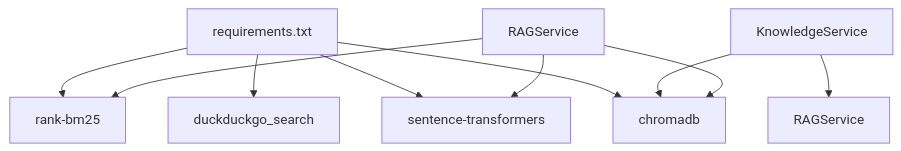
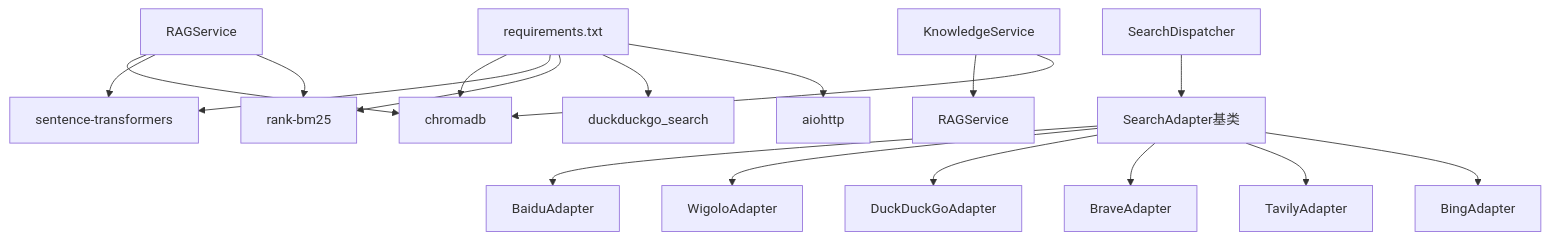
One commit to laohanhahaha/PaperChat changed the tenth of 10 diagrams in .qoder/repowiki/zh/content/后端系统/业务服务层/搜索服务.md. Above: the diagram before and after it, drawn with Mermaid. The commit also changed other lines of this file and 59 other files, not shown here.

````diff
--- a/.qoder/repowiki/zh/content/后端系统/业务服务层/搜索服务.md
+++ b/.qoder/repowiki/zh/content/后端系统/业务服务层/搜索服务.md
@@ -243,12 +471,20 @@
 ```mermaid
 graph TB
 Req["requirements.txt"] --> Chroma["chromadb"]
 Req --> ST["sentence-transformers"]
 Req --> BM25["rank-bm25"]
 Req --> DDG["duckduckgo_search"]
+Req --> AIOHTTP["aiohttp"]
 KS["KnowledgeService"] --> Rag["RAGService"]
 KS --> Chroma
 RS["RAGService"] --> Chroma
 RS --> ST
 RS --> BM25
+Base["SearchAdapter基类"] --> Baidu["BaiduAdapter"]
+Base --> Wigolo["WigoloAdapter"]
+Base --> DuckDuckGo["DuckDuckGoAdapter"]
+Base --> Brave["BraveAdapter"]
+Base --> Tavily["TavilyAdapter"]
+Base --> Bing["BingAdapter"]
+Dispatcher["SearchDispatcher"] --> Base
 ```
````
